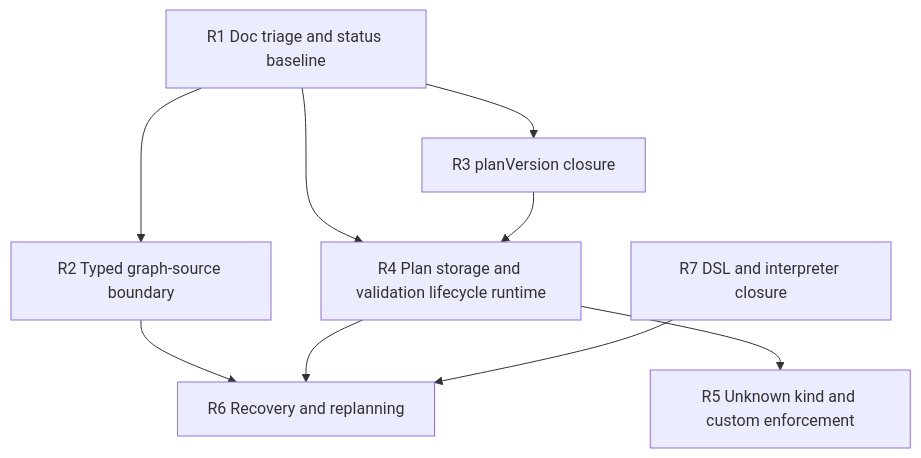
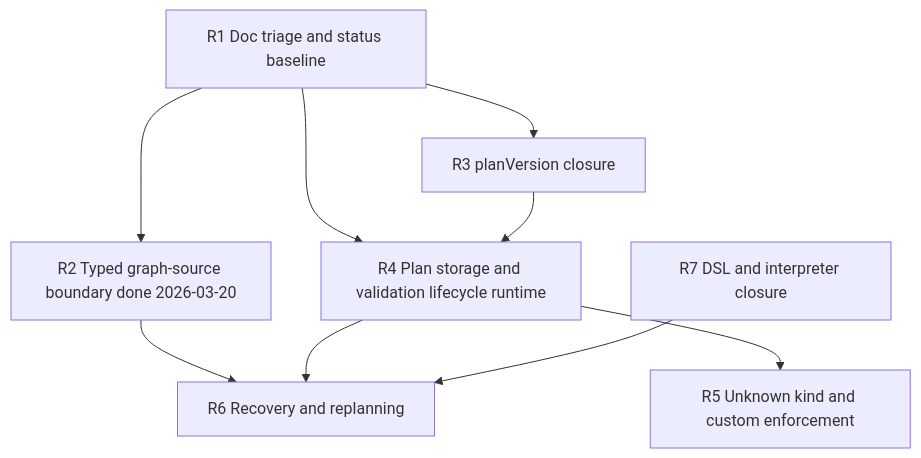
Before and after one commit to dunay2/dvt: the fourth of 4 diagrams in docs/planning/proposals/planner-target-state-roadmap-20260320.md, drawn with Mermaid. The commit also changed other lines of this file and 27 other files, not shown here.

````diff
--- a/docs/planning/proposals/planner-target-state-roadmap-20260320.md
+++ b/docs/planning/proposals/planner-target-state-roadmap-20260320.md
@@ -319,19 +327,19 @@
 ```mermaid
 flowchart TD
     R1[R1 Doc triage and status baseline]
-    R2[R2 Typed graph-source boundary]
+    R2[R2 Typed graph-source boundary done 2026-03-20]
     R3[R3 planVersion closure]
     R4[R4 Plan storage and validation lifecycle runtime]
     R5[R5 Unknown kind and custom enforcement]
     R6[R6 Recovery and replanning]
     R7[R7 DSL and interpreter closure]
 
     R1 --> R2
     R1 --> R3
     R1 --> R4
     R2 --> R6
     R3 --> R4
     R4 --> R5
     R4 --> R6
     R7 --> R6
 ```
````
